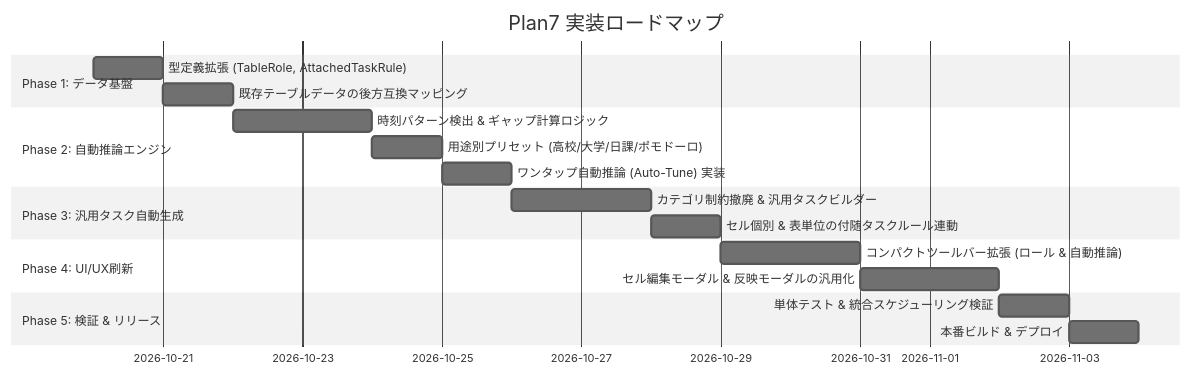
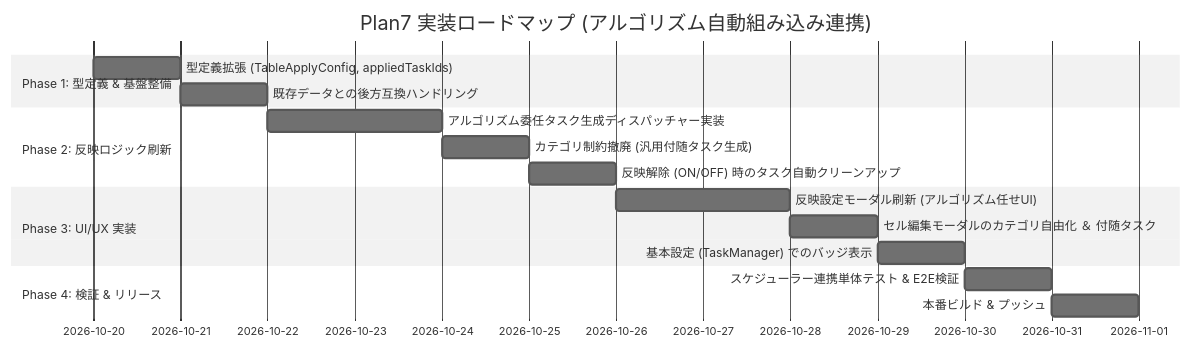
Before and after one commit to chku25062-sketch/creation_1: the third of 3 diagrams in Plan7.md, drawn with Mermaid (neutral theme). The commit also changed other lines of this file, not shown here.

Commit message:
docs: update Plan7.md to delegate timing/duration/breaks to existing scheduler algorithm and generalize attached tasks

````diff
--- a/Plan7.md
+++ b/Plan7.md
@@ -279,21 +237,19 @@
 ```mermaid
 gantt
-    title Plan7 実装ロードマップ
+    title Plan7 実装ロードマップ (アルゴリズム自動組み込み連携)
     dateFormat  YYYY-MM-DD
-    section Phase 1: データ基盤
-    型定義拡張 (TableRole, AttachedTaskRule) :p1_1, 2026-10-20, 1d
-    既存テーブルデータの後方互換マッピング     :p1_2, after p1_1, 1d
-    section Phase 2: 自動推論エンジン
-    時刻パターン検出 & ギャップ計算ロジック   :p2_1, after p1_2, 2d
-    用途別プリセット (高校/大学/日課/ポモドーロ) :p2_2, after p2_1, 1d
-    ワンタップ自動推論 (Auto-Tune) 実装       :p2_3, after p2_2, 1d
-    section Phase 3: 汎用タスク自動生成
-    カテゴリ制約撤廃 & 汎用タスクビルダー     :p3_1, after p2_3, 2d
-    セル個別 & 表単位の付随タスクルール連動    :p3_2, after p3_1, 1d
-    section Phase 4: UI/UX刷新
-    コンパクトツールバー拡張 (ロール & 自動推論) :p4_1, after p3_2, 2d
-    セル編集モーダル & 反映モーダルの汎用化   :p4_2, after p4_1, 2d
-    section Phase 5: 検証 & リリース
-    単体テスト & 統合スケジューリング検証      :p5_1, after p4_2, 1d
-    本番ビルド & デプロイ                     :p5_2, after p5_1, 1d
+    section Phase 1: 型定義 & 基盤整備
+    型定義拡張 (TableApplyConfig, appliedTaskIds) :p1_1, 2026-10-20, 1d
+    既存データとの後方互換ハンドリング               :p1_2, after p1_1, 1d
+    section Phase 2: 反映ロジック刷新
+    アルゴリズム委任タスク生成ディスパッチャー実装   :p2_1, after p1_2, 2d
+    カテゴリ制約撤廃 (汎用付随タスク生成)           :p2_2, after p2_1, 1d
+    反映解除 (ON/OFF) 時のタスク自動クリーンアップ   :p2_3, after p2_2, 1d
+    section Phase 3: UI/UX 実装
+    反映設定モーダル刷新 (アルゴリズム任せUI)       :p3_1, after p2_3, 2d
+    セル編集モーダルのカテゴリ自由化 ＆ 付随タスク   :p3_2, after p3_1, 1d
+    基本設定 (TaskManager) でのバッジ表示           :p3_3, after p3_2, 1d
+    section Phase 4: 検証 & リリース
+    スケジューラー連携単体テスト & E2E検証          :p4_1, after p3_3, 1d
+    本番ビルド & プッシュ                           :p4_2, after p4_1, 1d
 ```
````
